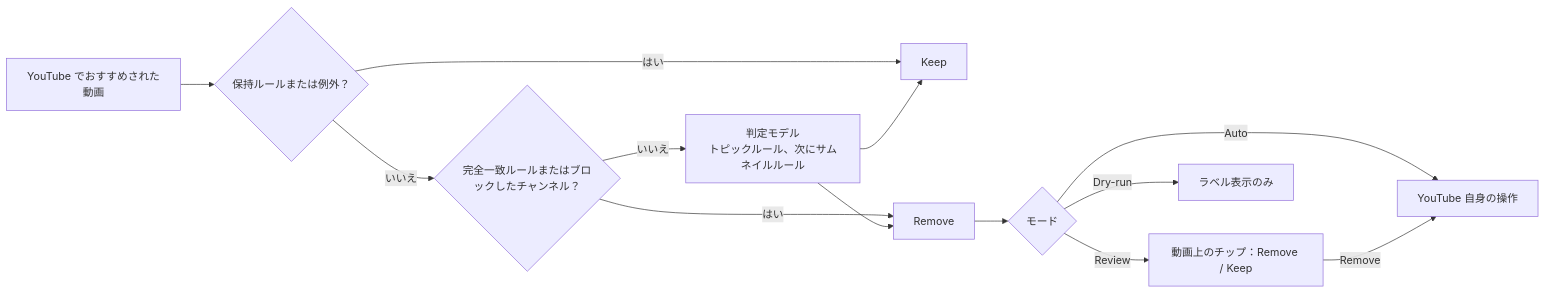
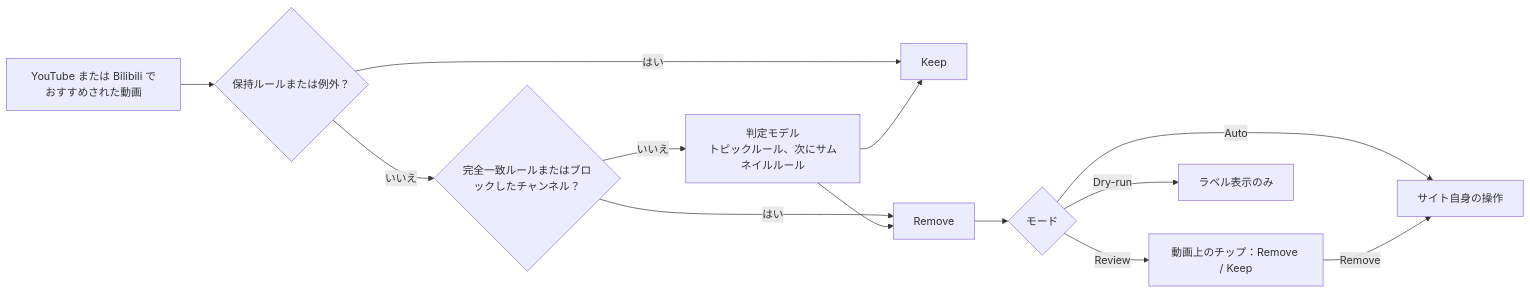
The diagram in docs/i18n/README.ja.md (Laoweek/shoo), drawn with Mermaid before and after one commit. The commit also changed other lines of this file and 211 other files, not shown here.

````diff
--- a/docs/i18n/README.ja.md
+++ b/docs/i18n/README.ja.md
@@ -23,15 +23,15 @@
 ```mermaid
 flowchart LR
-  T[YouTube でおすすめされた動画] --> K{保持ルールまたは例外？}
+  T[YouTube または Bilibili でおすすめされた動画] --> K{保持ルールまたは例外？}
   K -- はい --> Keep[Keep]
   K -- いいえ --> E{完全一致ルールまたはブロックしたチャンネル？}
   E -- はい --> V[Remove]
   E -- いいえ --> M[判定モデル<br/>トピックルール、次にサムネイルルール]
   M --> V
   M --> Keep
   V --> Mode{モード}
-  Mode -- Auto --> A[YouTube 自身の操作]
+  Mode -- Auto --> A[サイト自身の操作]
   Mode -- Review --> C[動画上のチップ：Remove / Keep]
   Mode -- Dry-run --> L[ラベル表示のみ]
   C -- Remove --> A
 ```
````
